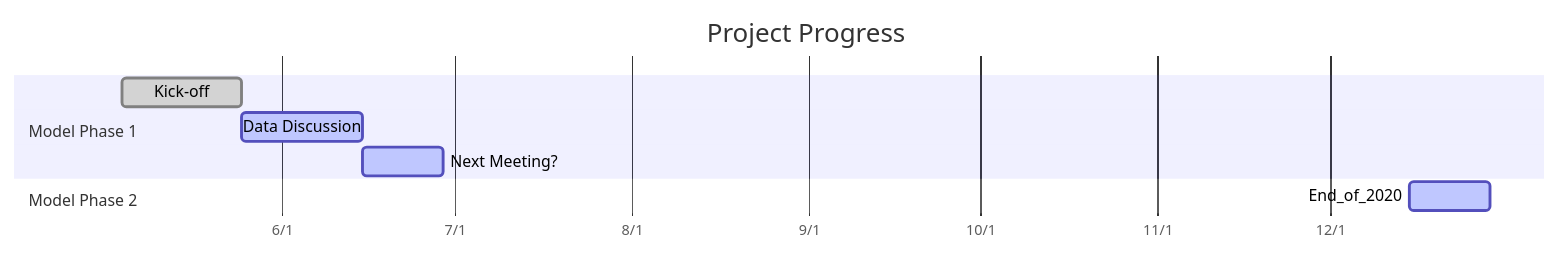
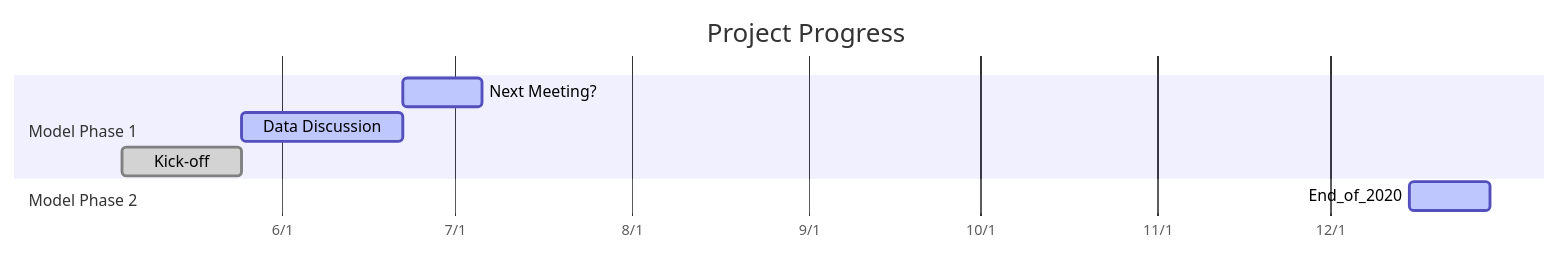
One commit to udothemath/my_hackmd changed the diagram in for_cft.md. Above: the diagram before and after it, drawn with Mermaid. The commit also changed other lines of this file, not shown here.

````diff
--- a/for_cft.md
+++ b/for_cft.md
@@ -12,13 +12,13 @@
 ```mermaid
 gantt
 dateFormat  YYYY-MM-DD
 axisFormat %-m/%-d
 title Project Progress
 
 section Model Phase 1
+Next Meeting?:active, des2, 2020-06-22, 2w
+Data Discussion:active, des2, 2020-05-25, 4w
 Kick-off:done, des1, 2020-05-04, 3w
-Data Discussion:active, des2, 2020-05-25, 3w
-Next Meeting?:active, des2, 2020-06-15, 2w
 section Model Phase 2
 End_of_2020:active,  des2, 2020-12-15, 2w
 ```
````
